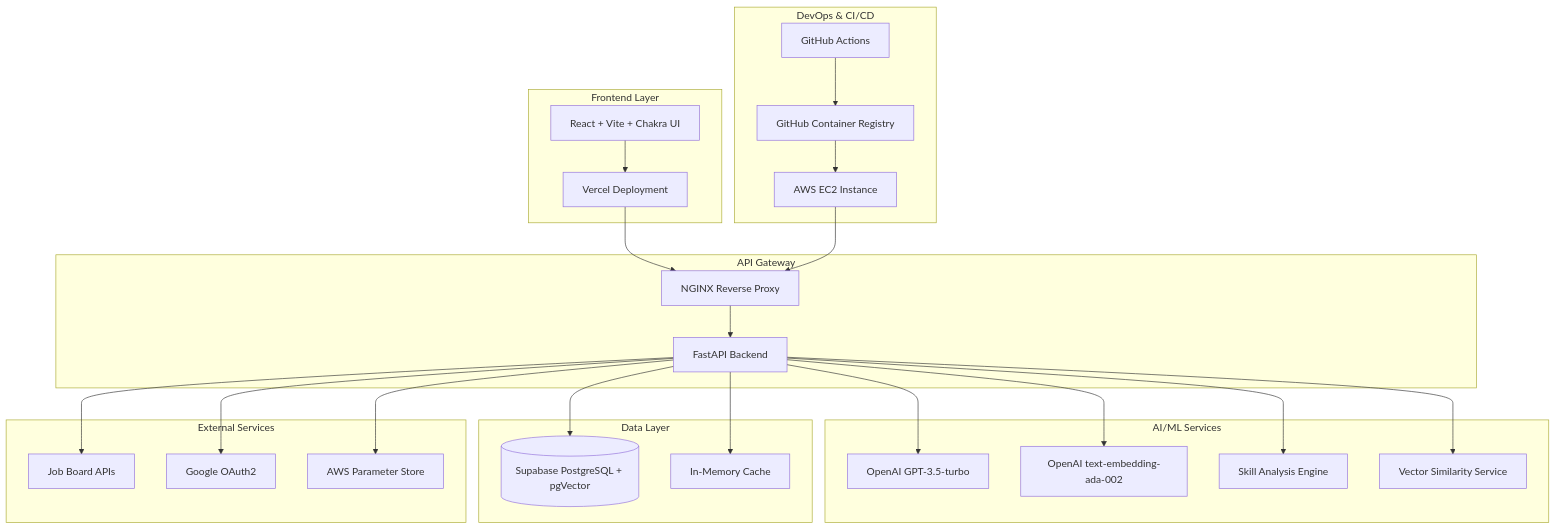
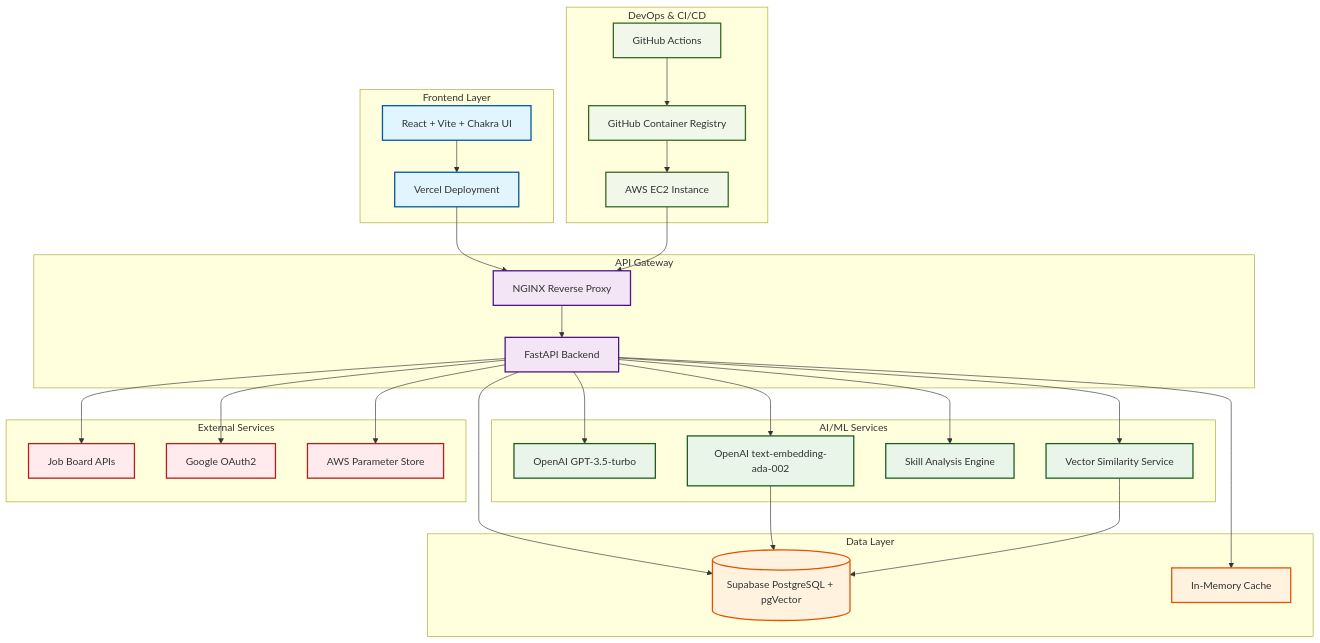
One commit to s1120258/job-tracker-backend changed the first of 3 diagrams in docs/TECHNICAL_ARCHITECTURE.md. Above: the diagram before and after it, drawn with Mermaid.

Commit message:
docs: improve architecture diagram layout for better readability
- Grouped components by logical layers (Frontend, API Gateway, AI/ML, Data, External Services, DevOps)
- Clarified flows between frontend, backend, and services
- Enhanced visuals with colors, stroke adjustments, and flow comments
- Reorganized FastAPI backend components vertically to reduce clutter and line crossings

The updated diagram provides a clearer overview of system structure and data flow.

````diff
--- a/docs/TECHNICAL_ARCHITECTURE.md
+++ b/docs/TECHNICAL_ARCHITECTURE.md
@@ -17,52 +17,80 @@
 ```mermaid
 graph TB
     subgraph "Frontend Layer"
         UI[React + Vite + Chakra UI]
         VERCEL[Vercel Deployment]
     end
 
     subgraph "API Gateway"
+        NGINX[NGINX Reverse Proxy]
         API[FastAPI Backend]
-        NGINX[NGINX Reverse Proxy]
     end
 
     subgraph "AI/ML Services"
         LLM[OpenAI GPT-3.5-turbo]
         EMB[OpenAI text-embedding-ada-002]
         SKILL[Skill Analysis Engine]
         SIM[Vector Similarity Service]
     end
 
     subgraph "Data Layer"
         SUPABASE[(Supabase PostgreSQL + pgVector)]
         CACHE[In-Memory Cache]
     end
 
     subgraph "External Services"
         JOBS[Job Board APIs]
         AUTH[Google OAuth2]
         AWS[AWS Parameter Store]
     end
 
     subgraph "DevOps & CI/CD"
+        GITHUB[GitHub Actions]
         GHCR[GitHub Container Registry]
         EC2[AWS EC2 Instance]
-        GITHUB[GitHub Actions]
     end
 
+    %% Frontend flow
     UI --> VERCEL
     VERCEL --> NGINX
+
+    %% API Gateway flow
     NGINX --> API
+
+    %% Backend service connections
     API --> LLM
     API --> EMB
     API --> SKILL
     API --> SIM
+
+    %% Data connections
     API --> SUPABASE
     API --> CACHE
+    EMB --> SUPABASE
+    SIM --> SUPABASE
+
+    %% External service connections
     API --> JOBS
     API --> AUTH
     API --> AWS
+
+    %% DevOps flow
     GITHUB --> GHCR
     GHCR --> EC2
     EC2 --> NGINX
+
+    %% Styling
+    classDef frontend fill:#e1f5fe,stroke:#01579b,stroke-width:2px
+    classDef api fill:#f3e5f5,stroke:#4a148c,stroke-width:2px
+    classDef ai fill:#e8f5e8,stroke:#1b5e20,stroke-width:2px
+    classDef data fill:#fff3e0,stroke:#e65100,stroke-width:2px
+    classDef external fill:#ffebee,stroke:#b71c1c,stroke-width:2px
+    classDef devops fill:#f1f8e9,stroke:#33691e,stroke-width:2px
+
+    class UI,VERCEL frontend
+    class NGINX,API api
+    class LLM,EMB,SKILL,SIM ai
+    class SUPABASE,CACHE data
+    class JOBS,AUTH,AWS external
+    class GITHUB,GHCR,EC2 devops
 ```
````
